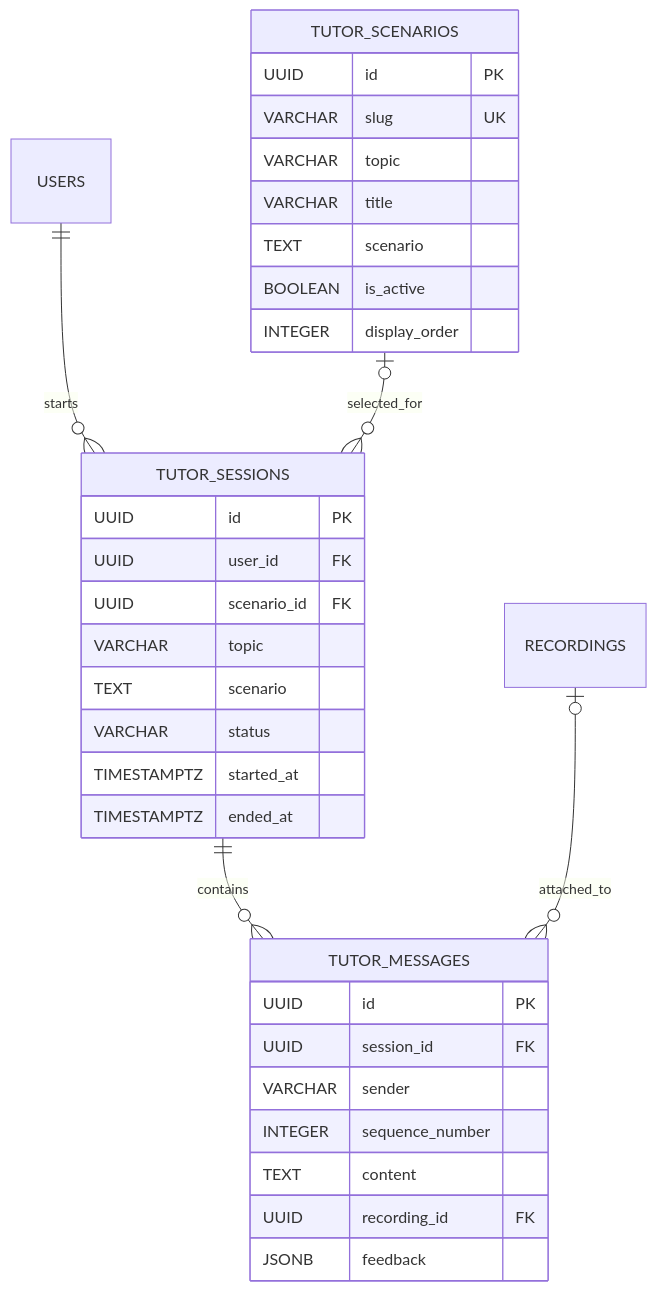
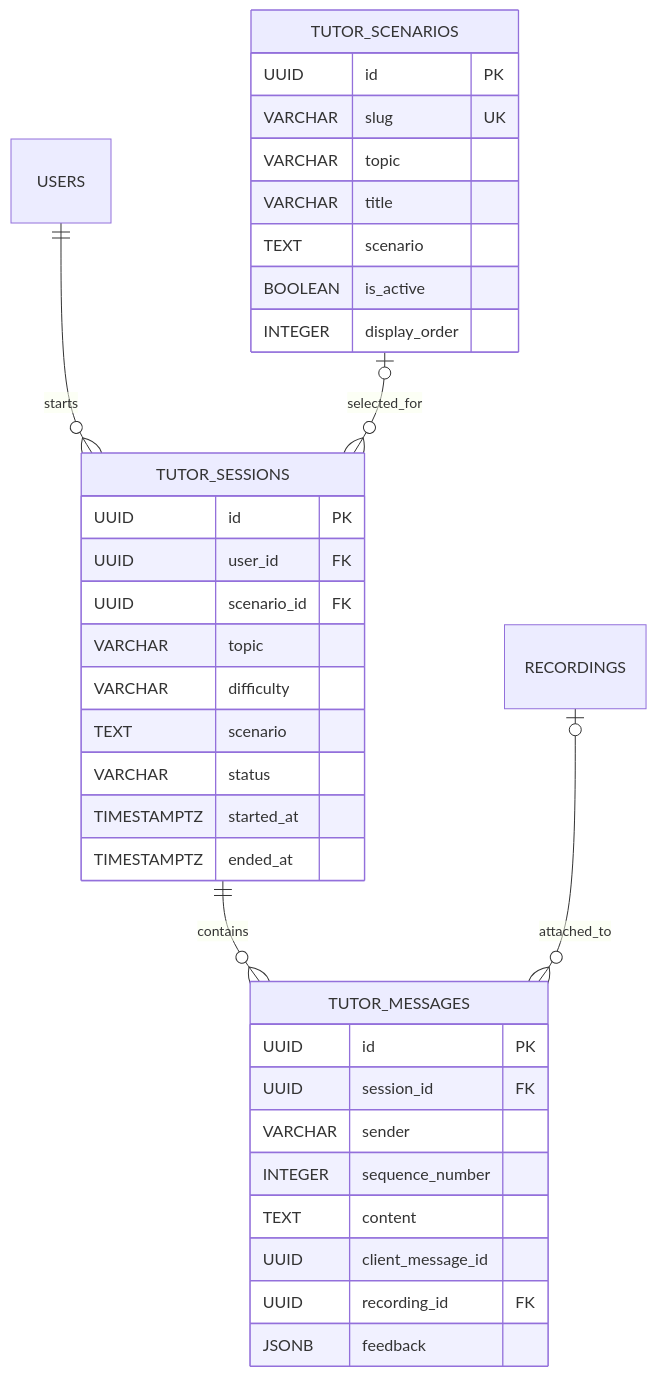
The fifth of 6 diagrams in docs/05-database.md (mrthinh307/kaiwa-up), drawn with Mermaid before and after one commit. The commit also changed other lines of this file and 8 other files, not shown here.

````diff
--- a/docs/05-database.md
+++ b/docs/05-database.md
@@ -183,35 +183,37 @@
 ```mermaid
 erDiagram
     USERS ||--o{ TUTOR_SESSIONS : starts
     TUTOR_SCENARIOS o|--o{ TUTOR_SESSIONS : selected_for
     TUTOR_SESSIONS ||--o{ TUTOR_MESSAGES : contains
     RECORDINGS o|--o{ TUTOR_MESSAGES : attached_to
     TUTOR_SCENARIOS {
         UUID id PK
         VARCHAR slug UK
         VARCHAR topic
         VARCHAR title
         TEXT scenario
         BOOLEAN is_active
         INTEGER display_order
     }
     TUTOR_SESSIONS {
         UUID id PK
         UUID user_id FK
         UUID scenario_id FK
         VARCHAR topic
+        VARCHAR difficulty
         TEXT scenario
         VARCHAR status
         TIMESTAMPTZ started_at
         TIMESTAMPTZ ended_at
     }
     TUTOR_MESSAGES {
         UUID id PK
         UUID session_id FK
         VARCHAR sender
         INTEGER sequence_number
         TEXT content
+        UUID client_message_id
         UUID recording_id FK
         JSONB feedback
     }
 ```
````
